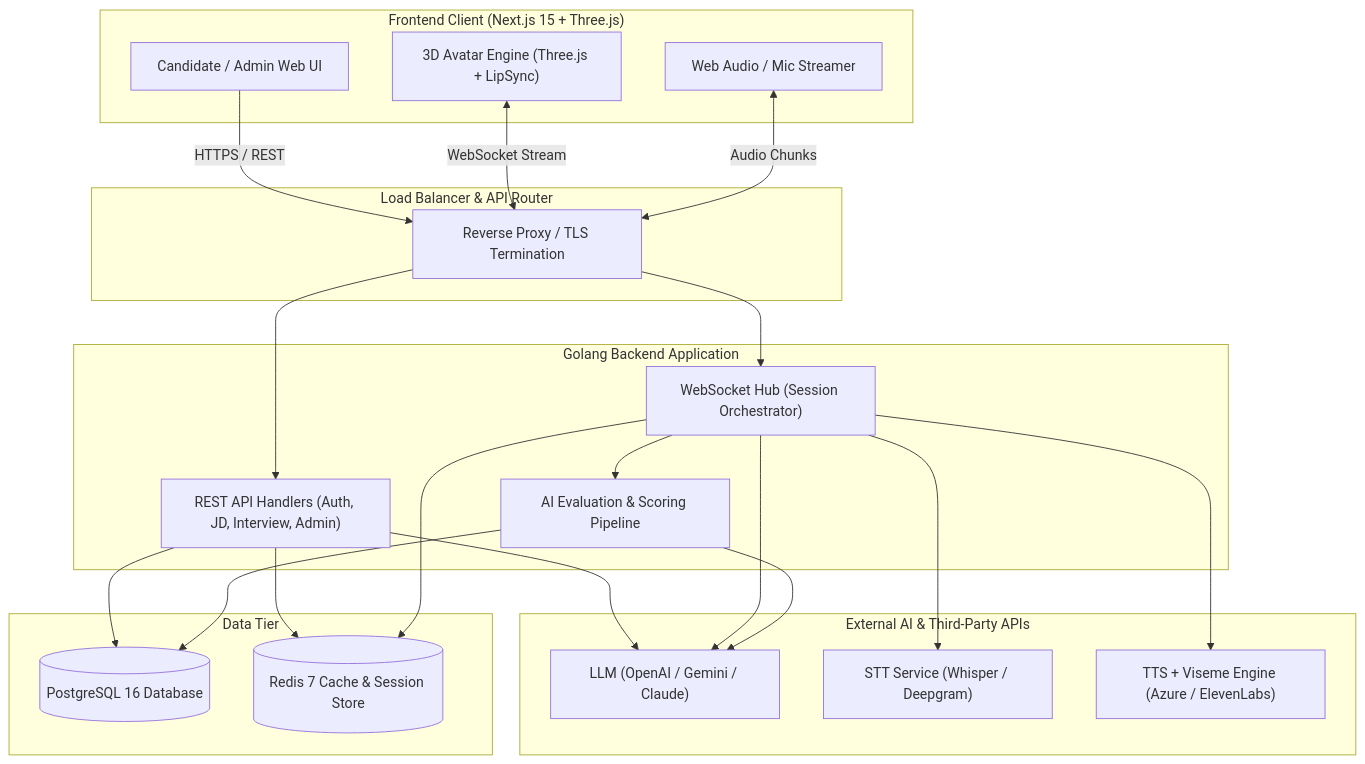
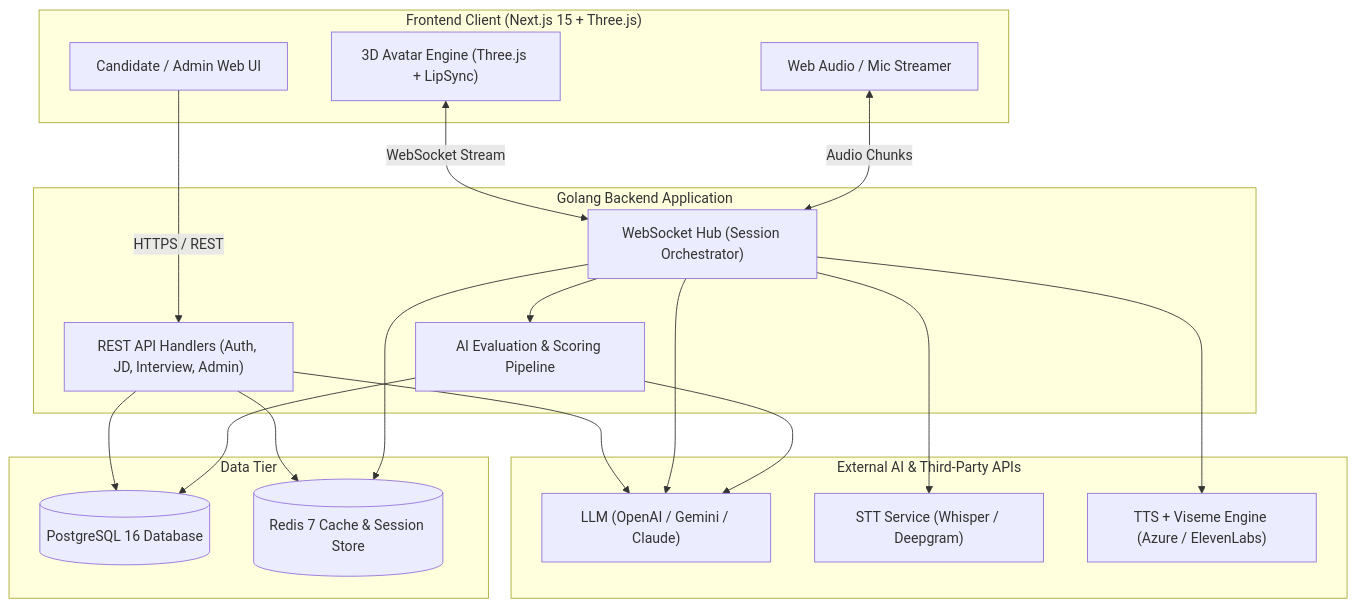
One commit to swp391-group3/ai-interview-practice changed the first of 2 diagrams in docs/SPECIFICATION.md. Above: the diagram before and after it, drawn with Mermaid. The commit also changed other lines of this file, not shown here.

````diff
--- a/docs/SPECIFICATION.md
+++ b/docs/SPECIFICATION.md
@@ -387,48 +335,42 @@
 ```mermaid
 flowchart TB
     subgraph Client["Frontend Client (Next.js 15 + Three.js)"]
         UI["Candidate / Admin Web UI"]
         AvatarEngine["3D Avatar Engine (Three.js + LipSync)"]
         AudioEngine["Web Audio / Mic Streamer"]
-    end
-
-    subgraph Gateway["Load Balancer & API Router"]
-        Nginx["Reverse Proxy / TLS Termination"]
     end
 
     subgraph Backend["Golang Backend Application"]
         HTTPHandler["REST API Handlers (Auth, JD, Interview, Admin)"]
         WSHandler["WebSocket Hub (Session Orchestrator)"]
         EvalEngine["AI Evaluation & Scoring Pipeline"]
     end
 
     subgraph ExternalServices["External AI & Third-Party APIs"]
         LLM["LLM (OpenAI / Gemini / Claude)"]
         STT["STT Service (Whisper / Deepgram)"]
         TTS["TTS + Viseme Engine (Azure / ElevenLabs)"]
     end
 
     subgraph Storage["Data Tier"]
         Postgres[(PostgreSQL 16 Database)]
         Redis[(Redis 7 Cache & Session Store)]
     end
 
-    UI -->|HTTPS / REST| Nginx
-    AvatarEngine <-->|WebSocket Stream| Nginx
-    AudioEngine <-->|Audio Chunks| Nginx
-    Nginx --> HTTPHandler
-    Nginx --> WSHandler
+    UI -->|HTTPS / REST| HTTPHandler
+    AvatarEngine <-->|WebSocket Stream| WSHandler
+    AudioEngine <-->|Audio Chunks| WSHandler
 
     HTTPHandler --> Postgres
     HTTPHandler --> Redis
     HTTPHandler --> LLM
 
     WSHandler --> STT
     WSHandler --> LLM
     WSHandler --> TTS
     WSHandler --> Redis
     WSHandler --> EvalEngine
 
     EvalEngine --> LLM
     EvalEngine --> Postgres
 ```
````
